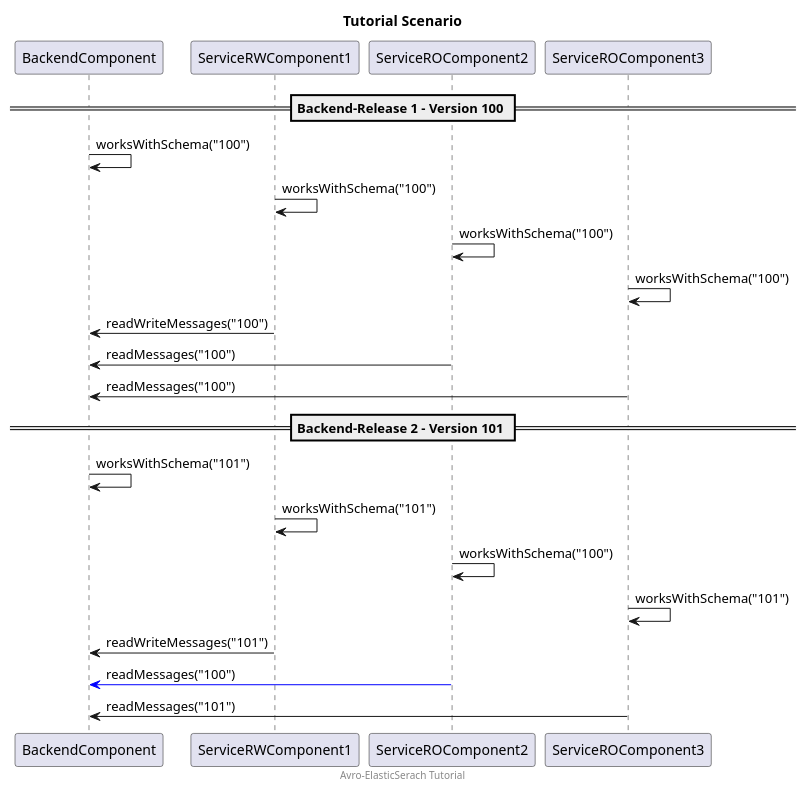
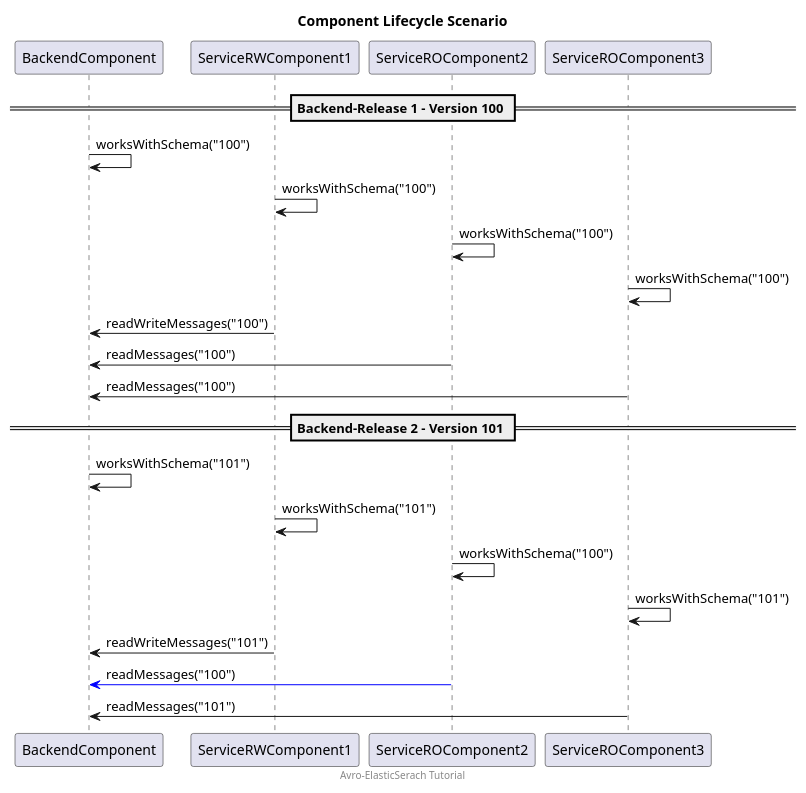
Before and after one commit to talfco/tutorial-apache-avro: the diagram in plantUML/versioning.puml, drawn with PlantUML.

Commit message:
dine tuning, new plantuml diagram

```diff
--- a/plantUML/versioning.puml
+++ b/plantUML/versioning.puml
@@ -1,25 +1,25 @@
 @startuml
-title "Tutorial Scenario"
+title "Component Lifecycle Scenario"
 footer "Avro-ElasticSerach Tutorial"
 
 == Backend-Release 1 - Version 100 ==
 BackendComponent -> BackendComponent: worksWithSchema("100")
 ServiceRWComponent1 -> ServiceRWComponent1: worksWithSchema("100")
 ServiceROComponent2 -> ServiceROComponent2:  worksWithSchema("100")
 ServiceROComponent3 -> ServiceROComponent3:  worksWithSchema("100")
 
 ServiceRWComponent1 -> BackendComponent: readWriteMessages("100")
 ServiceROComponent2 -> BackendComponent: readMessages("100")
 ServiceROComponent3 -> BackendComponent: readMessages("100")
 
 == Backend-Release 2 - Version 101 ==
 BackendComponent -> BackendComponent: worksWithSchema("101")
 ServiceRWComponent1 -> ServiceRWComponent1: worksWithSchema("101")
 ServiceROComponent2 -> ServiceROComponent2:  worksWithSchema("100")
 ServiceROComponent3 -> ServiceROComponent3:  worksWithSchema("101")
 
 ServiceRWComponent1 -> BackendComponent: readWriteMessages("101")
 ServiceROComponent2 -[#blue]> BackendComponent: readMessages("100")
 ServiceROComponent3 -> BackendComponent: readMessages("101")
 
 @enduml
```
